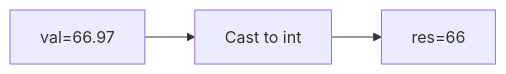
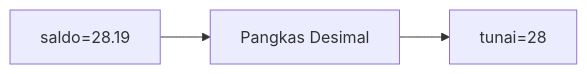
The fourth of 25 diagrams in part-c-pemahaman-cpp/01-tipe-data/latihan/set-12.md (amnahwaida/OSNK_INF_PREP), drawn with Mermaid before and after one commit. The commit also changed other lines of this file and 71 other files, not shown here.

````diff
--- a/part-c-pemahaman-cpp/01-tipe-data/latihan/set-12.md
+++ b/part-c-pemahaman-cpp/01-tipe-data/latihan/set-12.md
@@ -104,5 +106,5 @@
 ```mermaid
 graph LR
-A["val=66.97"] --> B["Cast to int"]
-B --> C["res=66"]
+A["saldo=28.19"] --> B["Pangkas Desimal"]
+B --> C["tunai=28"]
 ```
````
